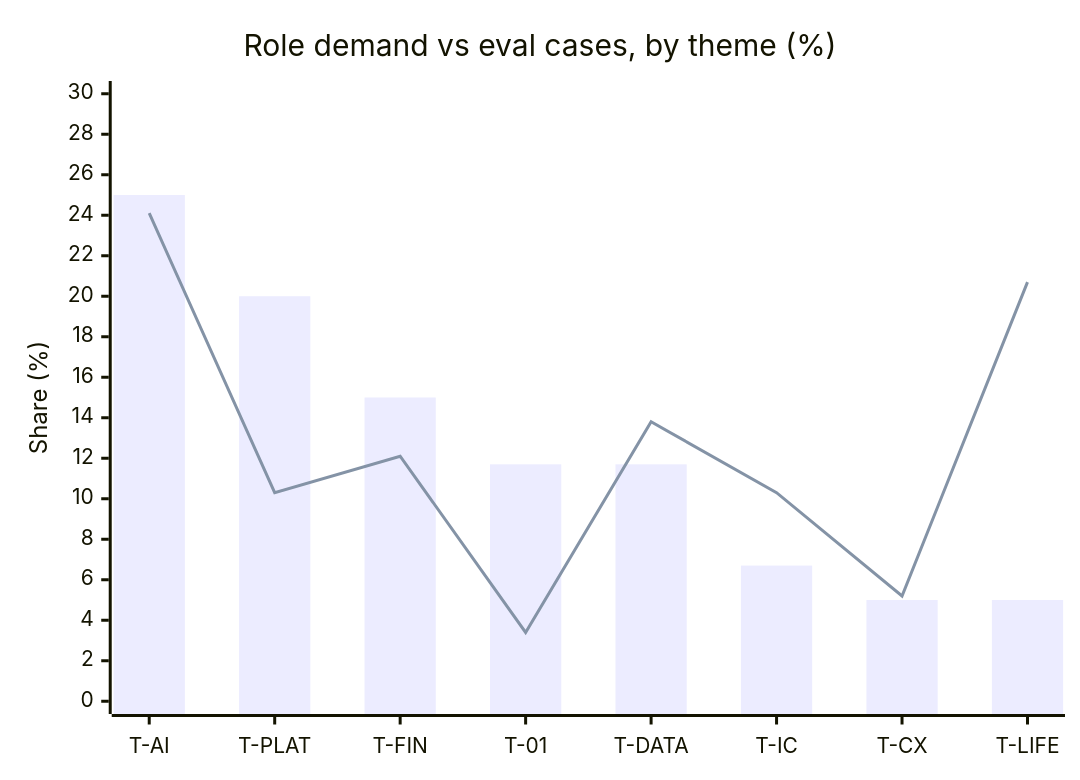
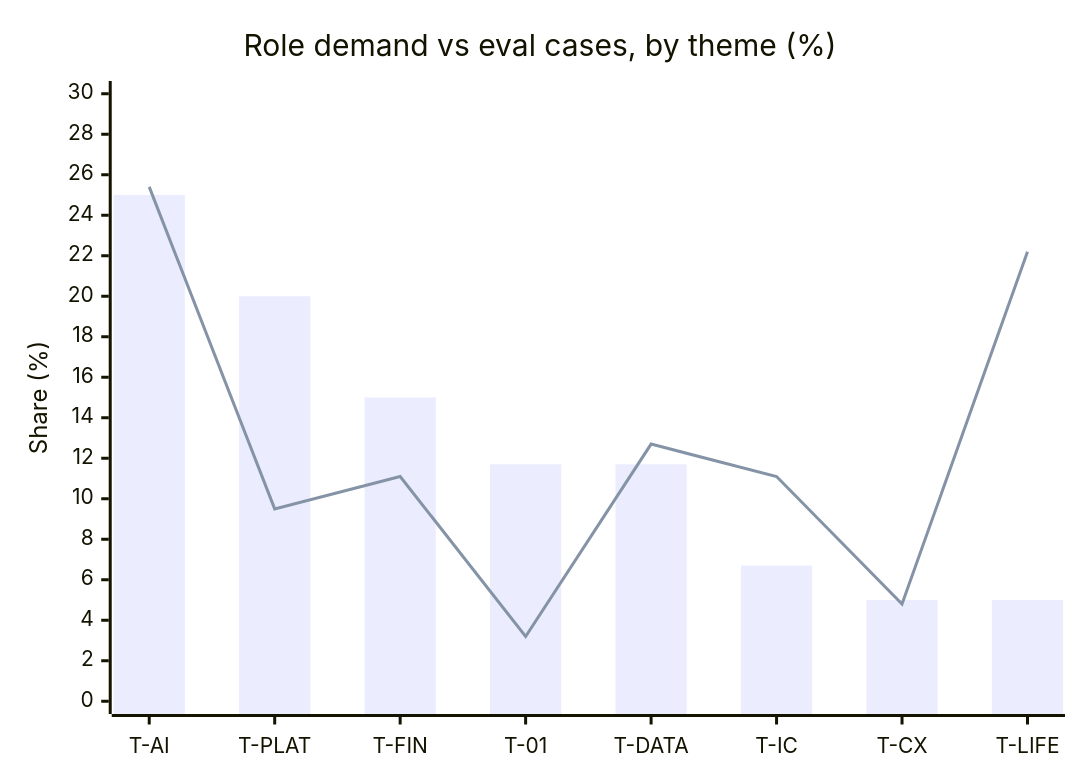
One commit to jordanne-dyck/jordannedyck-ai changed the first of 2 diagrams in COVERAGE.md. Above: the diagram before and after it, drawn with Mermaid. The commit also changed other lines of this file and 2 other files, not shown here.

````diff
--- a/COVERAGE.md
+++ b/COVERAGE.md
@@ -24,8 +24,8 @@
 ```mermaid
 xychart-beta
     title "Role demand vs eval cases, by theme (%)"
     x-axis ["T-AI", "T-PLAT", "T-FIN", "T-01", "T-DATA", "T-IC", "T-CX", "T-LIFE"]
     y-axis "Share (%)" 0 --> 30
     bar [25.0, 20.0, 15.0, 11.7, 11.7, 6.7, 5.0, 5.0]
-    line [24.1, 10.3, 12.1, 3.4, 13.8, 10.3, 5.2, 20.7]
+    line [25.4, 9.5, 11.1, 3.2, 12.7, 11.1, 4.8, 22.2]
 ```
````
